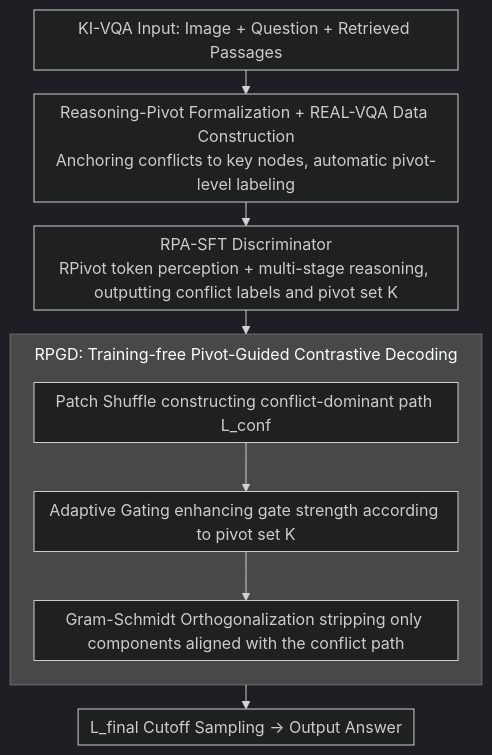
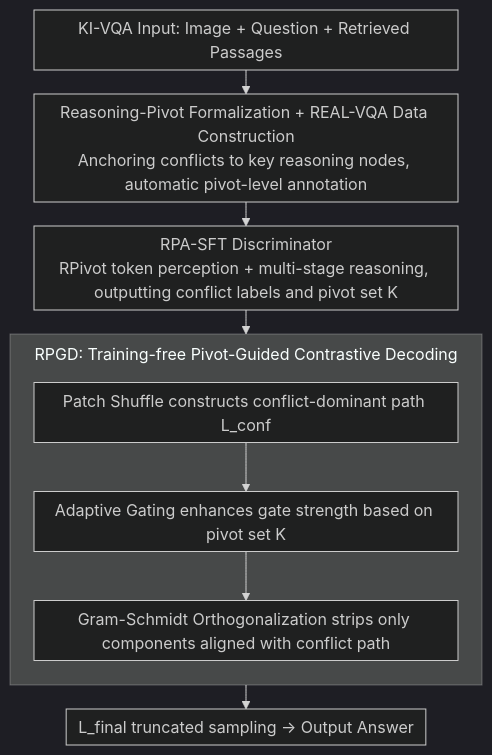
The diagram in docs/ICML2026/information_retrieval/real_resolving_knowledge_conflicts_in_knowledge-intensive_visual_question_answer.md (zhaoyang97/Paper-Notes-en), drawn with Mermaid (dark theme) before and after one commit. The commit also changed other lines of this file and 5084 other files, not shown here.

````diff
--- a/docs/ICML2026/information_retrieval/real_resolving_knowledge_conflicts_in_knowledge-intensive_visual_question_answer.md
+++ b/docs/ICML2026/information_retrieval/real_resolving_knowledge_conflicts_in_knowledge-intensive_visual_question_answer.md
@@ -44,13 +44,13 @@
 ```mermaid
 %%{init: {'flowchart': {'rankSpacing': 24, 'nodeSpacing': 28, 'padding': 6, 'wrappingWidth': 400, 'subGraphTitleMargin': {'top': 8, 'bottom': 16}}}}%%
 flowchart TD
-    A["KI-VQA Input: Image + Question + Retrieved Passages"] --> B["Reasoning-Pivot Formalization + REAL-VQA Data Construction<br/>Anchoring conflicts to key nodes, automatic pivot-level labeling"]
+    A["KI-VQA Input: Image + Question + Retrieved Passages"] --> B["Reasoning-Pivot Formalization + REAL-VQA Data Construction<br/>Anchoring conflicts to key reasoning nodes, automatic pivot-level annotation"]
     B --> C["RPA-SFT Discriminator<br/>RPivot token perception + multi-stage reasoning, outputting conflict labels and pivot set K"]
     C --> RPGD
     subgraph RPGD["RPGD: Training-free Pivot-Guided Contrastive Decoding"]
         direction TB
-        P["Patch Shuffle constructing conflict-dominant path L_conf"] --> AG["Adaptive Gating enhancing gate strength according to pivot set K"]
-        AG --> GS["Gram-Schmidt Orthogonalization stripping only components aligned with the conflict path"]
+        P["Patch Shuffle constructs conflict-dominant path L_conf"] --> AG["Adaptive Gating enhances gate strength based on pivot set K"]
+        AG --> GS["Gram-Schmidt Orthogonalization strips only components aligned with conflict path"]
     end
-    RPGD --> O["L_final Cutoff Sampling → Output Answer"]
+    RPGD --> O["L_final truncated sampling → Output Answer"]
 ```
````
